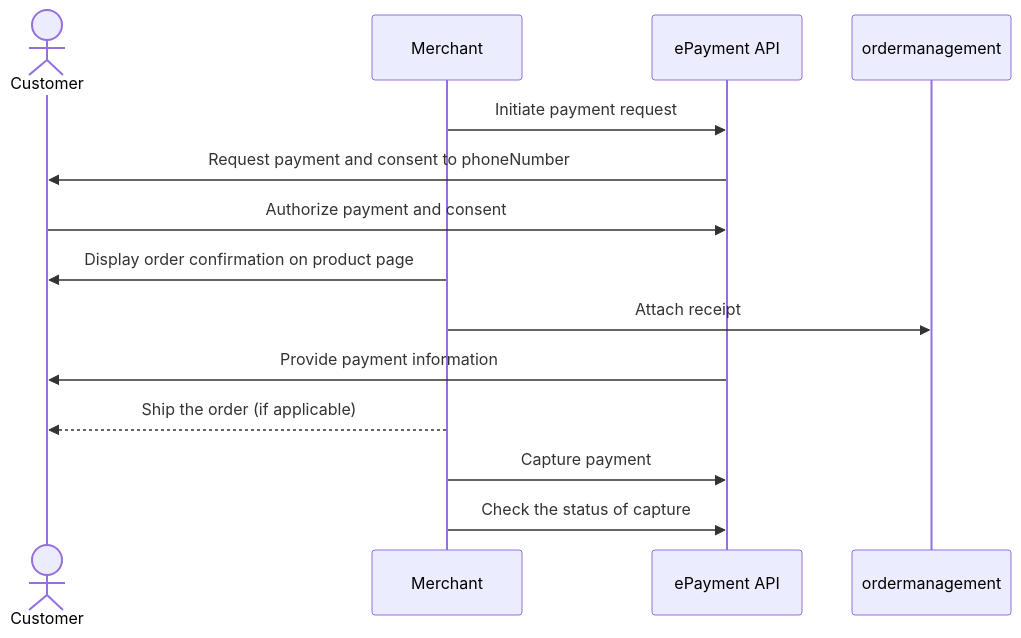
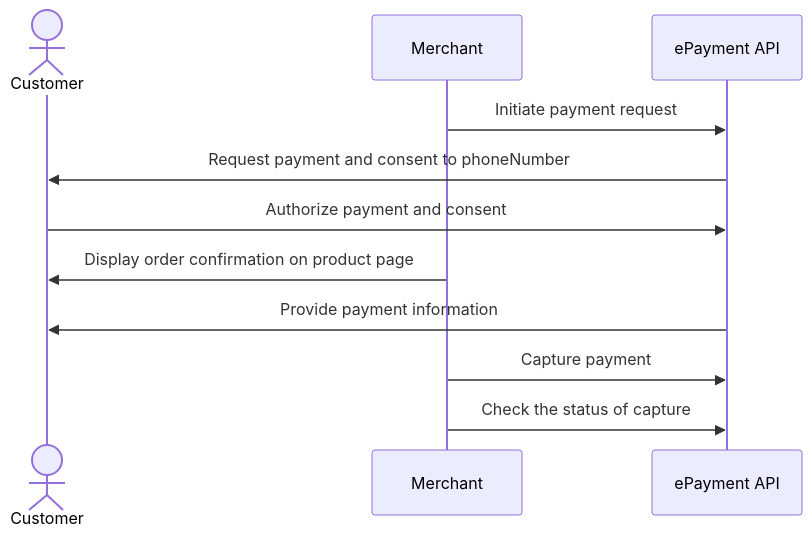
The diagram in invoice-through-epayments/payment-with-share-phone-number.md (vippsas/vipps-solutions), drawn with Mermaid before and after one commit. The commit also changed other lines of this file and 19 other files, not shown here.

````diff
--- a/invoice-through-epayments/payment-with-share-phone-number.md
+++ b/invoice-through-epayments/payment-with-share-phone-number.md
@@ -82,16 +136,14 @@
 ``` mermaid
 sequenceDiagram
     actor C as Customer
     participant M as Merchant
     participant ePayment as ePayment API
     
     M->>ePayment: Initiate payment request
     ePayment->>C: Request payment and consent to phoneNumber
     C->>ePayment: Authorize payment and consent
     M->>C: Display order confirmation on product page
-    M->> ordermanagement: Attach receipt
     ePayment->>C: Provide payment information
-    M-->>C: Ship the order (if applicable)
     M->>ePayment: Capture payment 
     M->>ePayment: Check the status of capture
 ```
````
